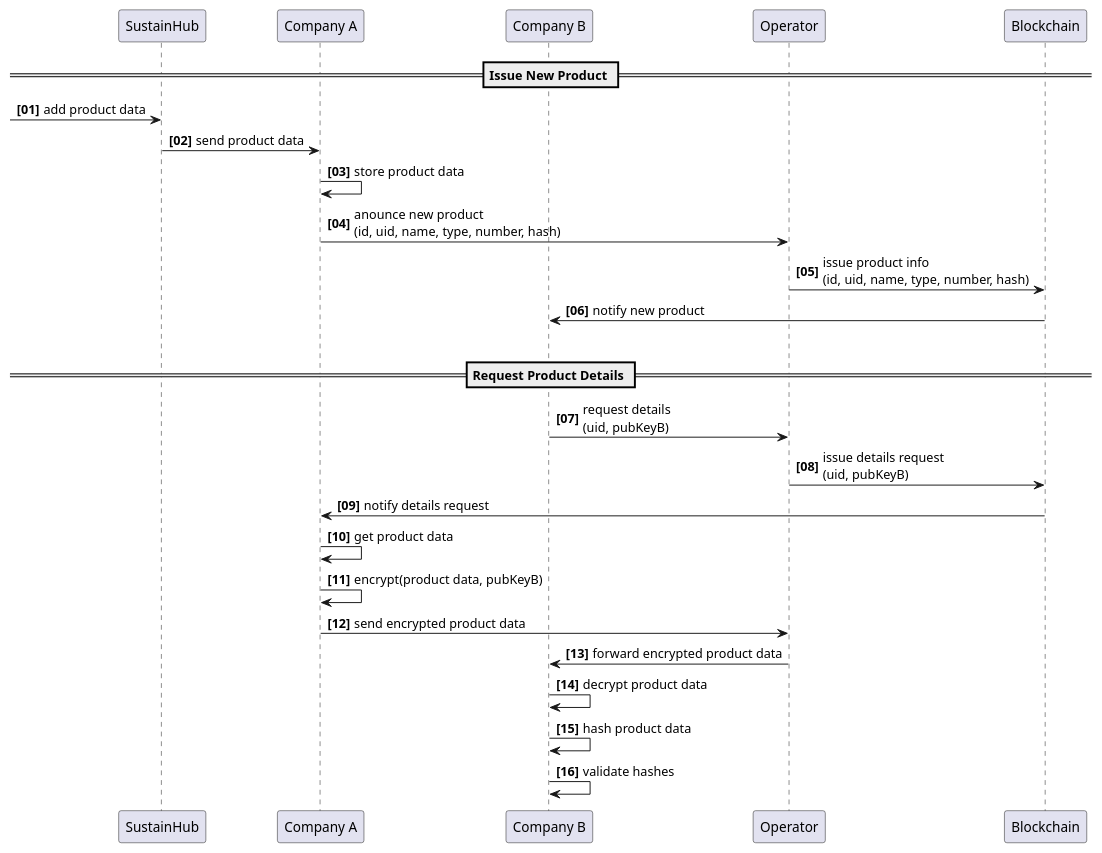
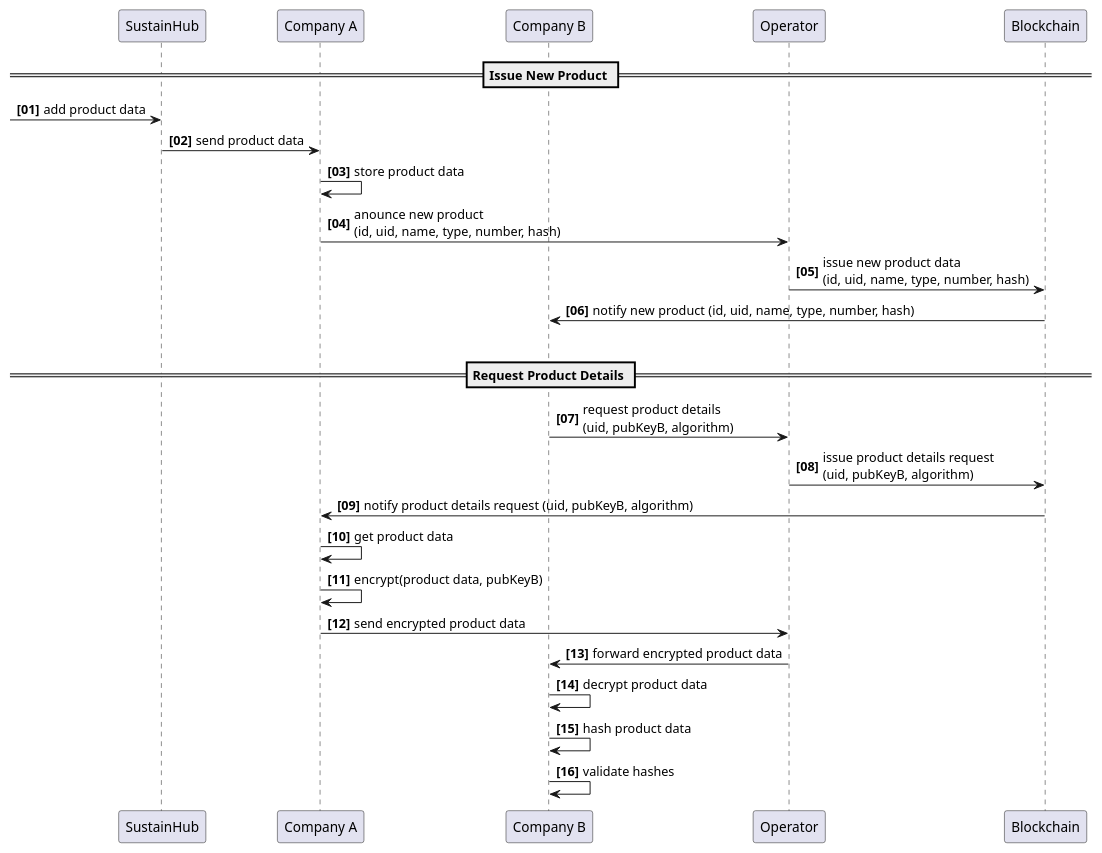
One commit to chainstep/dibichain-demo changed the diagram in docs/plantuml/src/flow.puml. Above: the diagram before and after it, drawn with PlantUML.

Commit message:
update workflow doc

```diff
--- a/docs/plantuml/src/flow.puml
+++ b/docs/plantuml/src/flow.puml
@@ -1,34 +1,34 @@
 @startuml
 autonumber "<b>[00]"
 
 participant "SustainHub" as SUS
 participant "Company A" as COMPA
 participant "Company B" as COMPB
 participant "Operator" as OP
 participant "Blockchain" as BC
 
 
 == Issue New Product ==
 
 -> SUS: add product data
 SUS -> COMPA: send product data
 COMPA -> COMPA: store product data
 COMPA -> OP: anounce new product\n(id, uid, name, type, number, hash)
-OP -> BC: issue product info\n(id, uid, name, type, number, hash)
-BC -> COMPB: notify new product
+OP -> BC: issue new product data\n(id, uid, name, type, number, hash)
+BC -> COMPB: notify new product (id, uid, name, type, number, hash)
 |||
 
 == Request Product Details ==
 
-COMPB -> OP: request details\n(uid, pubKeyB)
-OP -> BC: issue details request\n(uid, pubKeyB)
-BC -> COMPA: notify details request
+COMPB -> OP: request product details\n(uid, pubKeyB, algorithm)
+OP -> BC: issue product details request\n(uid, pubKeyB, algorithm)
+BC -> COMPA: notify product details request (uid, pubKeyB, algorithm)
 COMPA -> COMPA: get product data
 COMPA -> COMPA: encrypt(product data, pubKeyB)
 COMPA -> OP: send encrypted product data
 OP -> COMPB: forward encrypted product data
 COMPB -> COMPB: decrypt product data
 COMPB -> COMPB: hash product data
 COMPB -> COMPB: validate hashes
 
 @enduml
```
